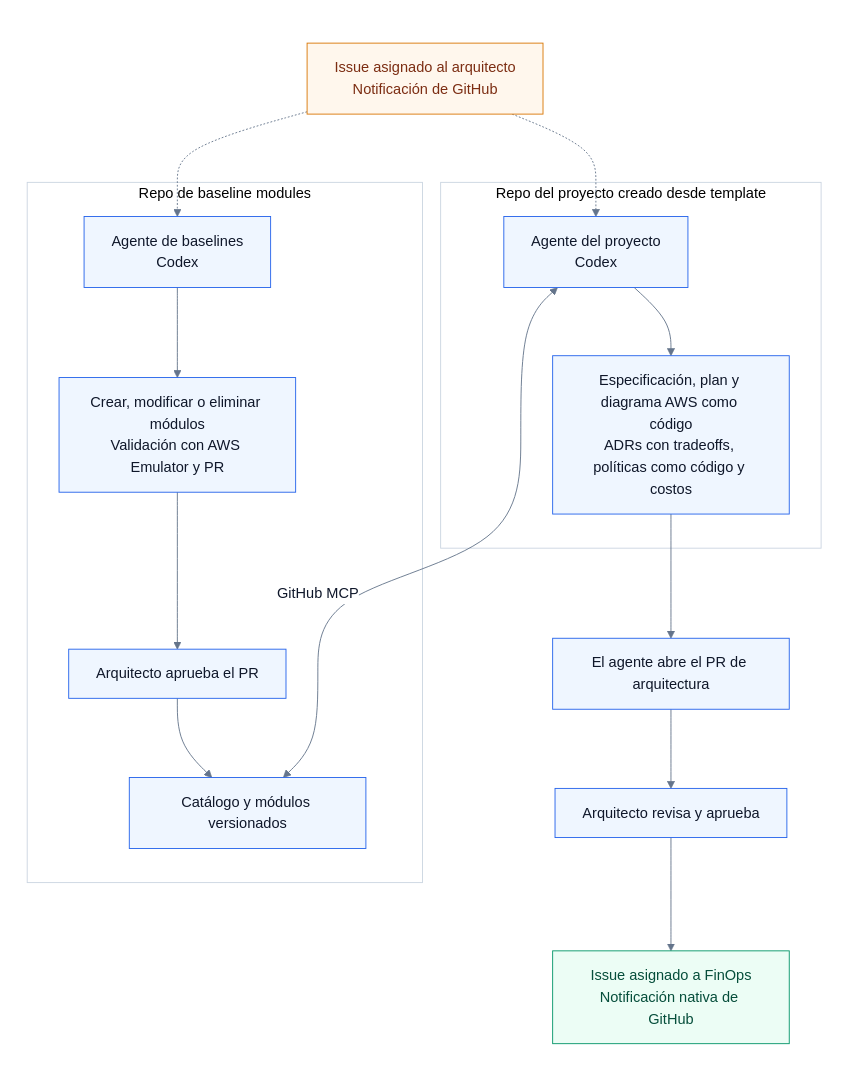
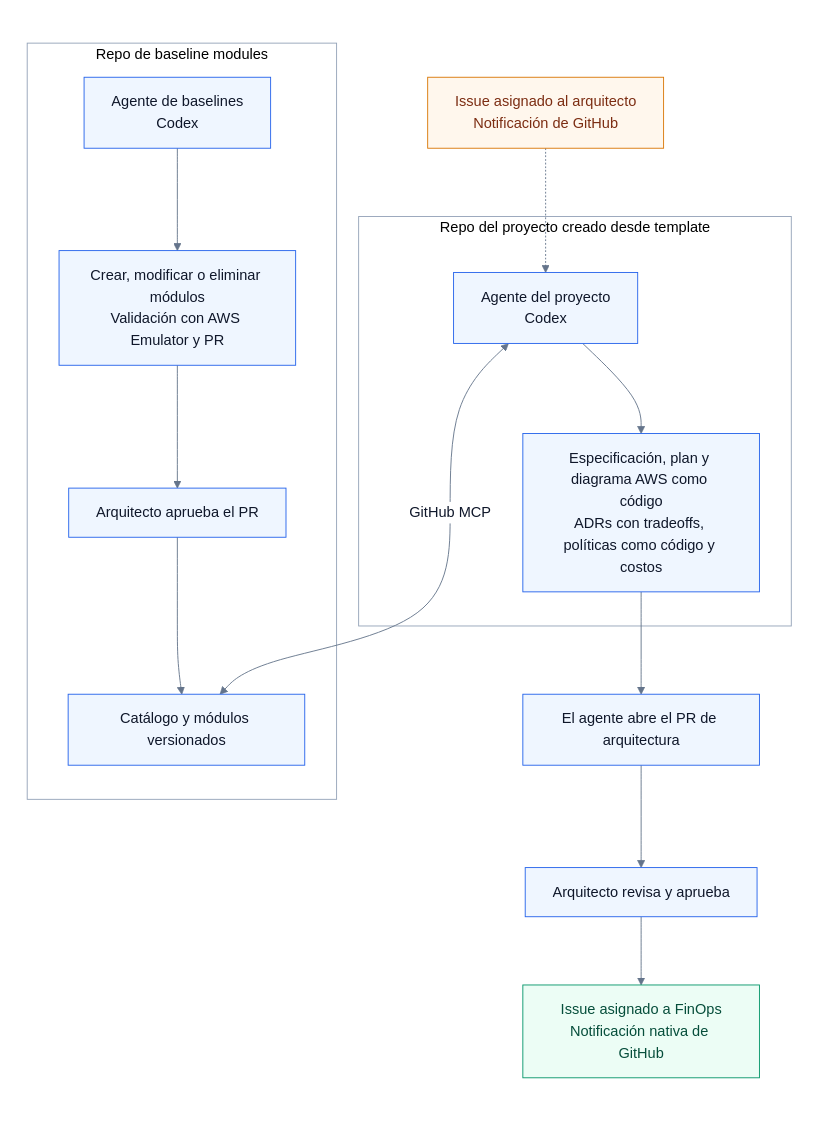
One commit to marcor0311/aws-cloud-consultant-agent changed the third of 6 diagrams in issues.md. Above: the diagram before and after it, drawn with Mermaid.

Commit message:
docs: quitar notificación al agente de baselines en el diagrama 3
El agente de baselines no recibe la notificación de GitHub; se conecta al flujo por el catálogo. Los contenedores de repos usan borde gris.

````diff
--- a/issues.md
+++ b/issues.md
@@ -95,32 +95,33 @@
 ```mermaid
 %%{init: {"theme":"base","themeVariables":{"darkMode":false,"background":"#ffffff","primaryColor":"#eff6ff","primaryTextColor":"#0f172a","primaryBorderColor":"#2563eb","lineColor":"#64748b","edgeLabelBackground":"#ffffff","clusterBkg":"#ffffff","clusterBorder":"#cbd5e1"},"flowchart":{"diagramPadding":0}}}%%
 flowchart TB
     subgraph lienzo[" "]
         direction TB
         arquitecto["Issue asignado al arquitecto<br/>Notificación de GitHub"]
         subgraph proyecto["Repo del proyecto creado desde template"]
             agenteProyecto["Agente del proyecto<br/>Codex"]
             diseno["Especificación, plan y diagrama AWS como código<br/>ADRs con tradeoffs, políticas como código y costos"]
             agenteProyecto --> diseno
         end
         subgraph baselines["Repo de baseline modules"]
             agenteBaselines["Agente de baselines<br/>Codex"]
             cambios["Crear, modificar o eliminar módulos<br/>Validación con AWS Emulator y PR"]
             aprobacionBaseline["Arquitecto aprueba el PR"]
             catalogo["Catálogo y módulos versionados"]
             agenteBaselines --> cambios --> aprobacionBaseline --> catalogo
         end
         arquitecto -.-> agenteProyecto
-        arquitecto -.-> agenteBaselines
         agenteProyecto <-->|GitHub MCP| catalogo
         diseno --> pr["El agente abre el PR de arquitectura"]
         pr --> aprobacion["Arquitecto revisa y aprueba"]
         aprobacion --> entrega["Issue asignado a FinOps<br/>Notificación nativa de GitHub"]
         classDef default fill:#eff6ff,stroke:#2563eb,color:#0f172a;
         classDef inicio fill:#fff7ed,stroke:#d97706,color:#7c2d12;
         classDef handoff fill:#ecfdf5,stroke:#059669,color:#064e3b;
         class arquitecto inicio;
         class entrega handoff;
+        style proyecto stroke:#94a3b8;
+        style baselines stroke:#94a3b8;
     end
     style lienzo fill:#ffffff,stroke:#ffffff,stroke-width:128px;
 ```
````
